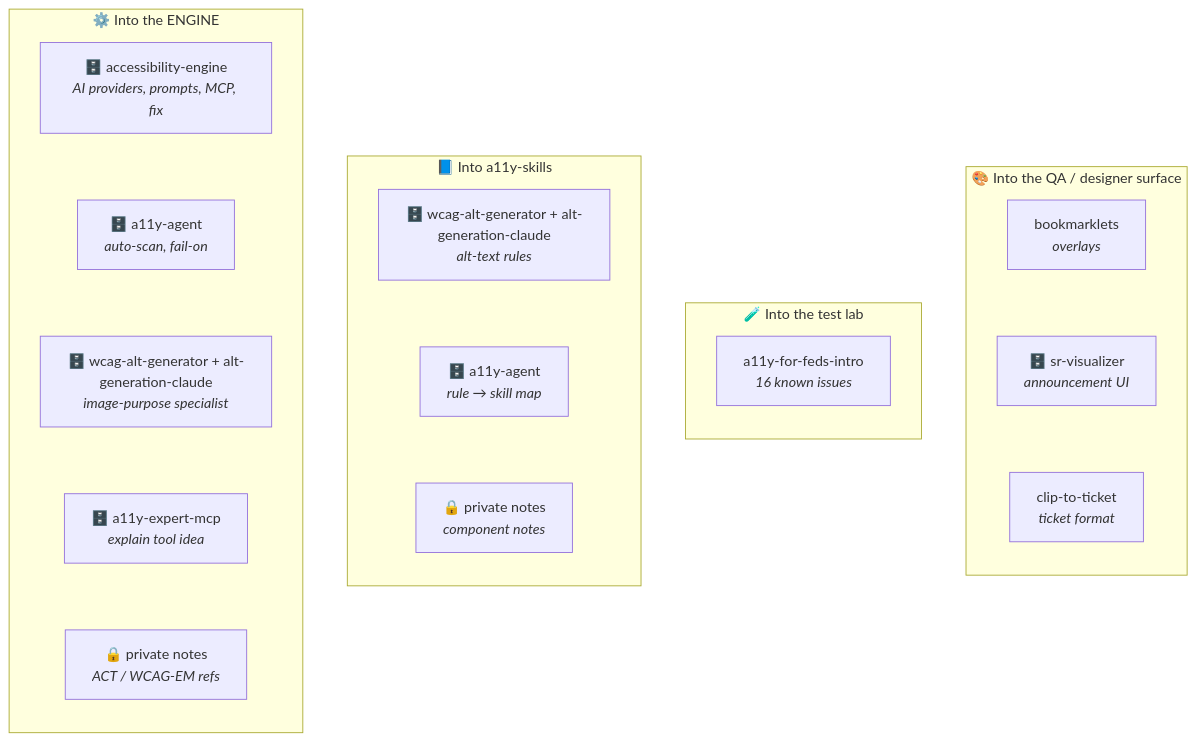
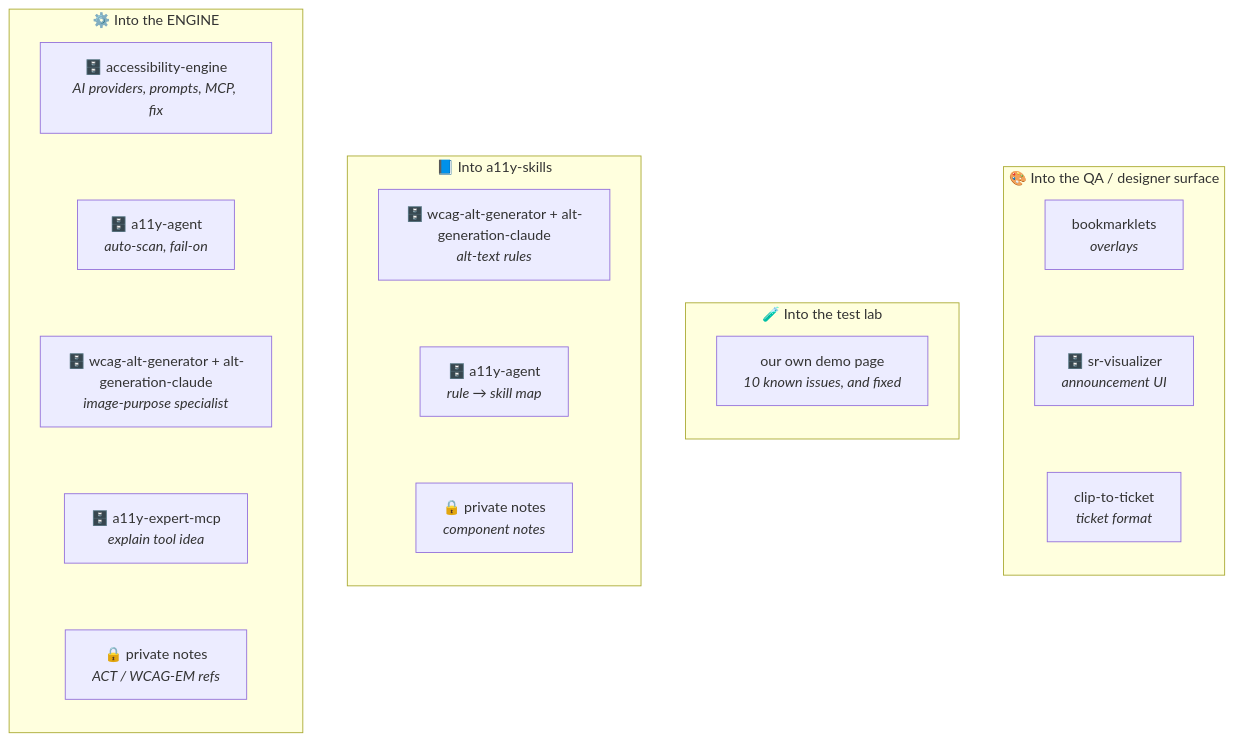
The third of 3 diagrams in docs/MASTER-PLAN.md (Elizabeth1979/accessibility-evidence-engine), drawn with Mermaid before and after one commit. The commit also changed other lines of this file and 18 other files, not shown here.

First line of the commit message:
Test lab: our own demo page with every issue, and the same page fixed (#27)

````diff
--- a/docs/MASTER-PLAN.md
+++ b/docs/MASTER-PLAN.md
@@ -66,20 +66,20 @@
 ```mermaid
 flowchart LR
   subgraph ENG["⚙️ Into the ENGINE"]
     direction TB
     e1["🗄️ accessibility-engine<br/><i>AI providers, prompts, MCP, fix</i>"] ~~~ e2["🗄️ a11y-agent<br/><i>auto-scan, fail-on</i>"] ~~~ e3["🗄️ wcag-alt-generator + alt-generation-claude<br/><i>image-purpose specialist</i>"] ~~~ e4["🗄️ a11y-expert-mcp<br/><i>explain tool idea</i>"] ~~~ e5["🔒 private notes<br/><i>ACT / WCAG-EM refs</i>"]
   end
   subgraph SKL["📘 Into a11y-skills"]
     direction TB
     k1["🗄️ wcag-alt-generator + alt-generation-claude<br/><i>alt-text rules</i>"] ~~~ k2["🗄️ a11y-agent<br/><i>rule → skill map</i>"] ~~~ k3["🔒 private notes<br/><i>component notes</i>"]
   end
   subgraph LAB["🧪 Into the test lab"]
     direction TB
-    l1["a11y-for-feds-intro<br/><i>16 known issues</i>"]
+    l1["our own demo page<br/><i>10 known issues, and fixed</i>"]
   end
   subgraph QA["🎨 Into the QA / designer surface"]
     direction TB
     q1["bookmarklets<br/><i>overlays</i>"] ~~~ q2["🗄️ sr-visualizer<br/><i>announcement UI</i>"] ~~~ q3["clip-to-ticket<br/><i>ticket format</i>"]
   end
   ENG ~~~ SKL ~~~ LAB ~~~ QA
 ```
````
